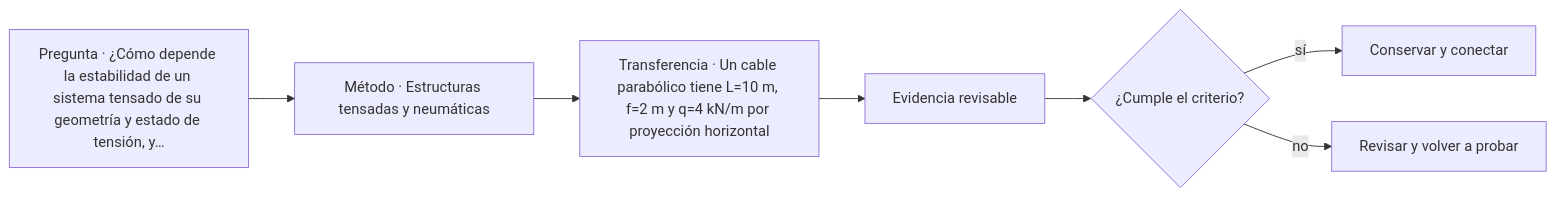
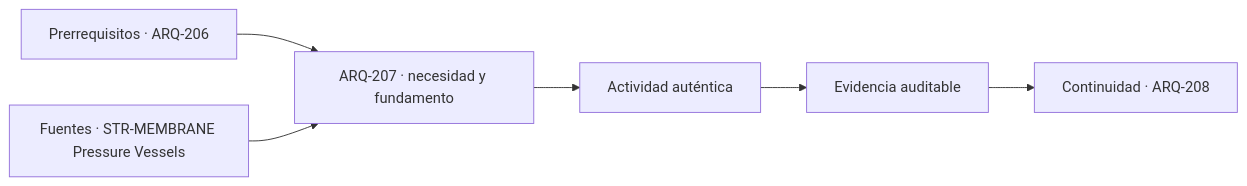
The diagram in classes/parte-21/ARQ-207.md (vladimiracunadev-create/architecture-built-environment-learning-program), drawn with Mermaid before and after one commit. The commit also changed other lines of this file and 761 other files, not shown here.

````diff
--- a/classes/parte-21/ARQ-207.md
+++ b/classes/parte-21/ARQ-207.md
@@ -131,9 +143,8 @@
 ```mermaid
 flowchart LR
-    Q["Pregunta · ¿Cómo depende la estabilidad de un sistema tensado de su geometría y estado de tensión, y…"] --> M["Método · Estructuras tensadas y neumáticas"]
-    M --> P["Transferencia · Un cable parabólico tiene L=10 m, f=2 m y q=4 kN/m por proyección horizontal"]
-    P --> E["Evidencia revisable"]
-    E --> C{"¿Cumple el criterio?"}
-    C -->|sí| T["Conservar y conectar"]
-    C -->|no| R["Revisar y volver a probar"]
+    A["Prerrequisitos · ARQ-206"] --> B["ARQ-207 · necesidad y fundamento"]
+    S["Fuentes · STR-MEMBRANE Pressure Vessels"] --> B
+    B --> C["Actividad auténtica"]
+    C --> D["Evidencia auditable"]
+    D --> E["Continuidad · ARQ-208"]
 ```
````
